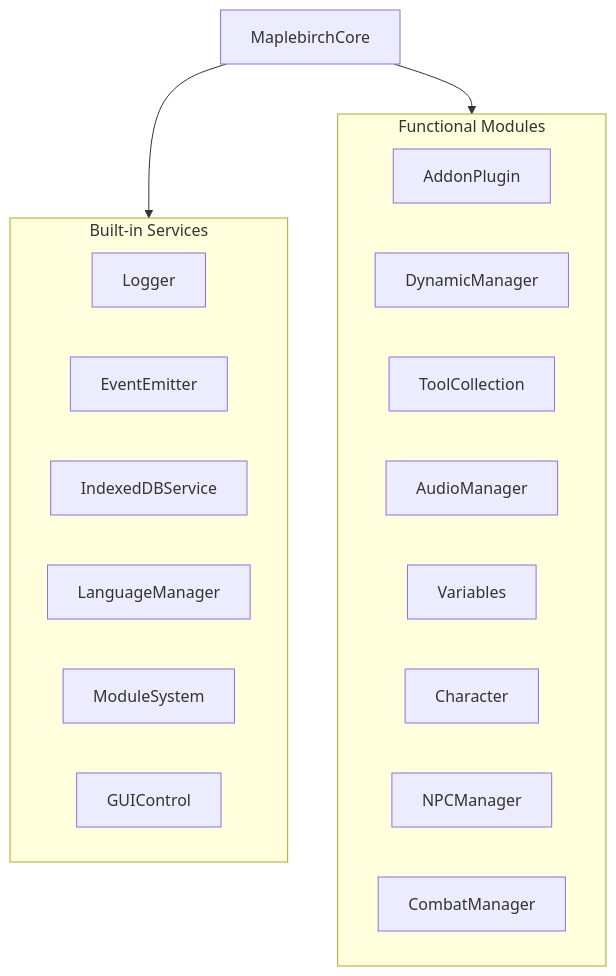
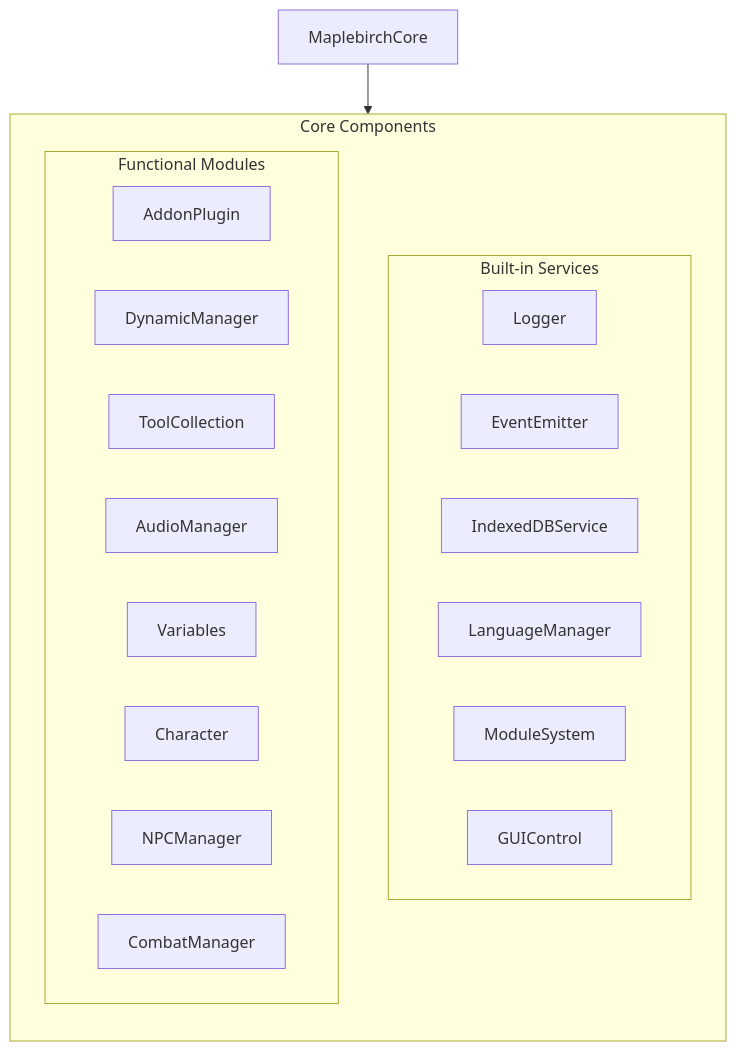
One commit to Muromi-Rikka/scml-website changed the first of 4 diagrams in docs/en/maplebirch/architecture.md. Above: the diagram before and after it, drawn with Mermaid. The commit also changed 1 other file, not shown here.

Commit message:
Refactor architecture documentation for clarity and structure
- Updated the architecture diagrams in both English and Chinese versions to use a flowchart format for better visualization.
- Consolidated built-in services and functional modules under a single "Core Components" section for improved organization.
- Enhanced the overall readability and consistency of the architecture documentation.

````diff
--- a/docs/en/maplebirch/architecture.md
+++ b/docs/en/maplebirch/architecture.md
@@ -9,23 +9,26 @@
 ```mermaid
-graph TD
-  subgraph services [Built-in Services]
-    Logger
-    EventEmitter
-    IndexedDBService
-    LanguageManager
-    ModuleSystem
-    GUIControl
+flowchart TB
+  Core["MaplebirchCore"]
+  subgraph components [Core Components]
+    direction TB
+    subgraph services [Built-in Services]
+      Logger
+      EventEmitter
+      IndexedDBService
+      LanguageManager
+      ModuleSystem
+      GUIControl
+    end
+    subgraph modules [Functional Modules]
+      AddonPlugin
+      DynamicManager
+      ToolCollection
+      AudioManager
+      Variables
+      Character
+      NPCManager
+      CombatManager
+    end
   end
-  subgraph modules [Functional Modules]
-    AddonPlugin
-    DynamicManager
-    ToolCollection
-    AudioManager
-    Variables
-    Character
-    NPCManager
-    CombatManager
-  end
-  Core["MaplebirchCore"] --> services
-  Core --> modules
+  Core --> components
 ```
````
